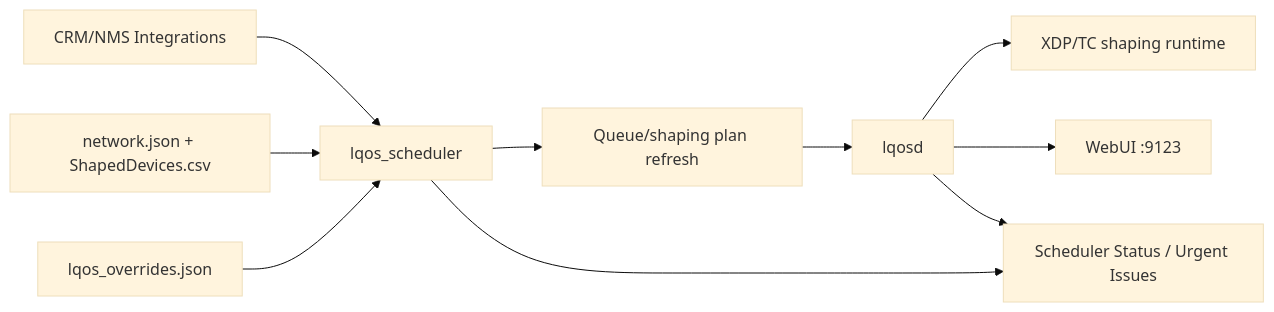
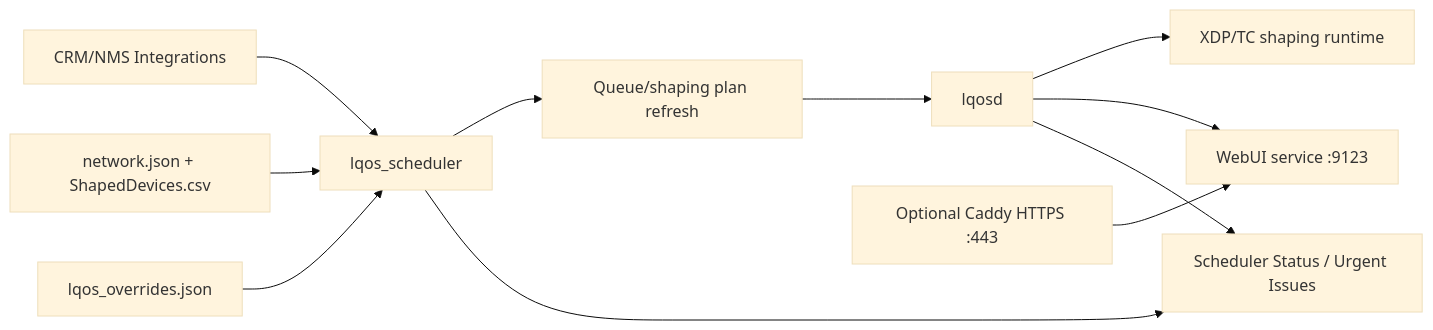
One commit to LibreQoE/LibreQoS changed the diagram in docs/v2.0/components.md. Above: the diagram before and after it, drawn with Mermaid (base theme). The commit also changed other lines of this file and 41 other files, not shown here.

Commit message:
Add optional Caddy HTTPS setup

````diff
--- a/docs/v2.0/components.md
+++ b/docs/v2.0/components.md
@@ -5,12 +5,13 @@
 ```{mermaid}
 flowchart LR
     A[CRM/NMS Integrations] --> B[lqos_scheduler]
     C[network.json + ShapedDevices.csv] --> B
     D[lqos_overrides.json] --> B
     B --> E[Queue/shaping plan refresh]
     E --> F[lqosd]
     F --> G[XDP/TC shaping runtime]
-    F --> H[WebUI :9123]
+    F --> H[WebUI service :9123]
+    J[Optional Caddy HTTPS :443] --> H
     B --> I[Scheduler Status / Urgent Issues]
     F --> I
 ```
````
